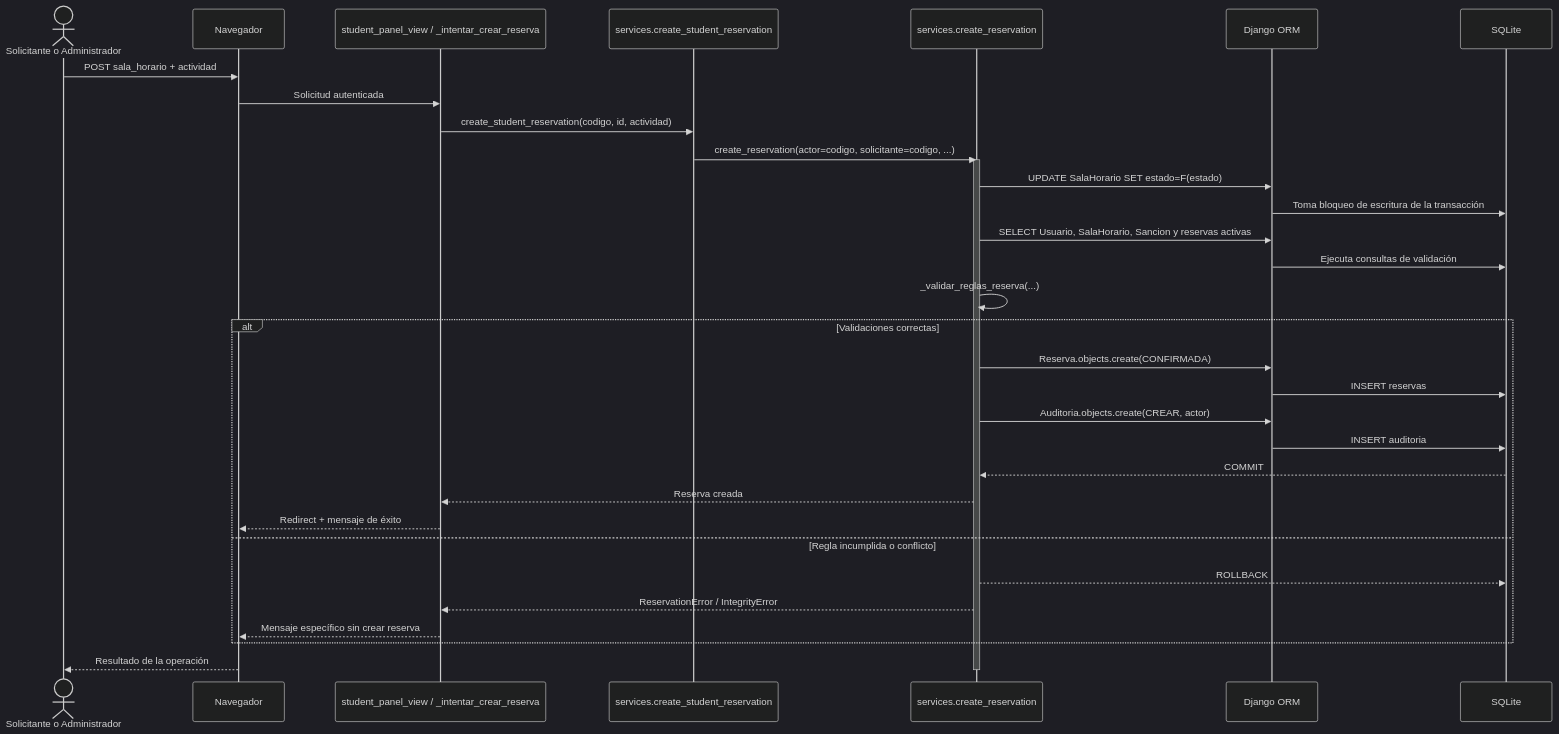
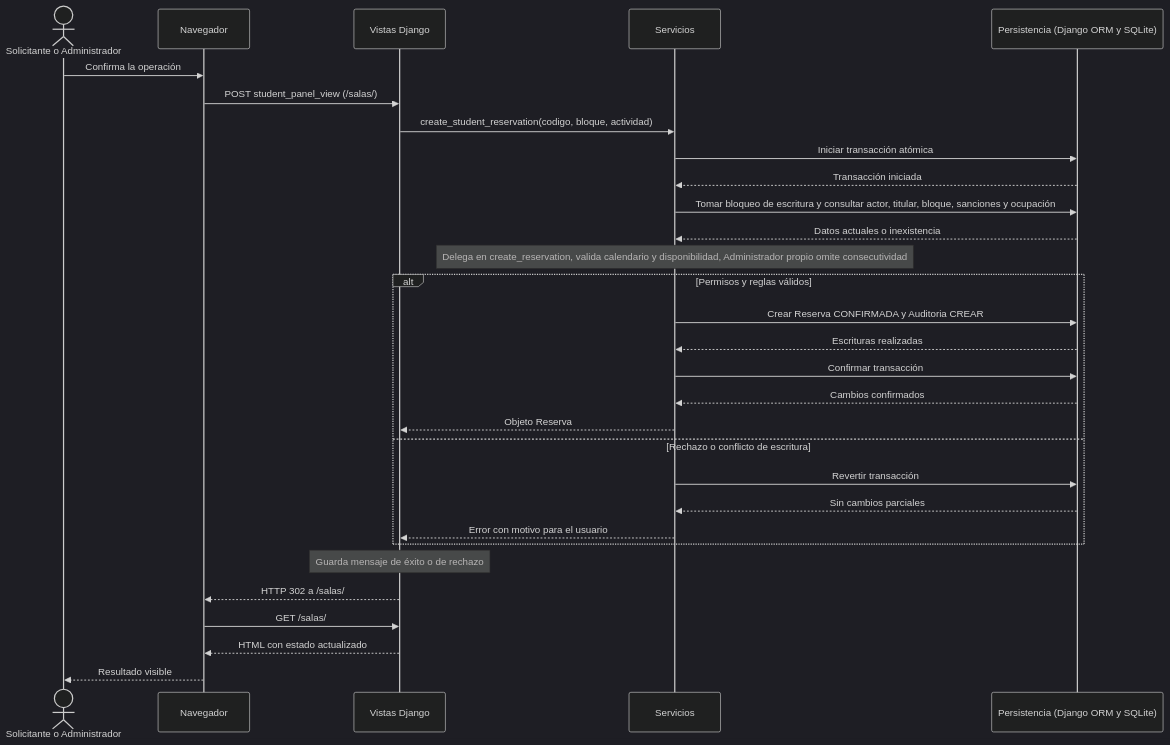
One commit to Sebas0032/SalaMandra changed the first of 14 diagrams in docs/sesion-07-modelos.md. Above: the diagram before and after it, drawn with Mermaid (dark theme). The commit also changed other lines of this file and 11 other files, not shown here.

Commit message:
Update architecture and test traceability documentation, reorganize use cases, fix diagrams, expand interaction flows, restore weekday-only reservations, consolidate redundant tests, and remove obsolete diagram images

````diff
--- a/docs/sesion-07-modelos.md
+++ b/docs/sesion-07-modelos.md
@@ -101,36 +117,32 @@
 ```mermaid
 sequenceDiagram
-    actor S as Solicitante o Administrador
+    actor U as Solicitante o Administrador
     participant B as Navegador
-    participant V as student_panel_view / _intentar_crear_reserva
-    participant SV as services.create_student_reservation
-    participant CR as services.create_reservation
-    participant ORM as Django ORM
-    participant DB as SQLite
-
-    S->>B: POST sala_horario + actividad
-    B->>V: Solicitud autenticada
-    V->>SV: create_student_reservation(codigo, id, actividad)
-    SV->>CR: create_reservation(actor=codigo, solicitante=codigo, ...)
-    activate CR
-    CR->>ORM: UPDATE SalaHorario SET estado=F(estado)
-    ORM->>DB: Toma bloqueo de escritura de la transacción
-    CR->>ORM: SELECT Usuario, SalaHorario, Sancion y reservas activas
-    ORM->>DB: Ejecuta consultas de validación
-    CR->>CR: _validar_reglas_reserva(...)
-    alt Validaciones correctas
-        CR->>ORM: Reserva.objects.create(CONFIRMADA)
-        ORM->>DB: INSERT reservas
-        CR->>ORM: Auditoria.objects.create(CREAR, actor)
-        ORM->>DB: INSERT auditoria
-        DB-->>CR: COMMIT
-        CR-->>V: Reserva creada
-        V-->>B: Redirect + mensaje de éxito
-    else Regla incumplida o conflicto
-        CR-->>DB: ROLLBACK
-        CR-->>V: ReservationError / IntegrityError
-        V-->>B: Mensaje específico sin crear reserva
+    participant V as Vistas Django
+    participant S as Servicios
+    participant D as Persistencia (Django ORM y SQLite)
+    U->>B: Confirma la operación
+    B->>V: POST student_panel_view (/salas/)
+    V->>S: create_student_reservation(codigo, bloque, actividad)
+    S->>D: Iniciar transacción atómica
+    D-->>S: Transacción iniciada
+    S->>D: Tomar bloqueo de escritura y consultar actor, titular, bloque, sanciones y ocupación
+    D-->>S: Datos actuales o inexistencia
+    Note over S: Delega en create_reservation, valida calendario y disponibilidad, Administrador propio omite consecutividad
+    alt Permisos y reglas válidos
+        S->>D: Crear Reserva CONFIRMADA y Auditoria CREAR
+        D-->>S: Escrituras realizadas
+        S->>D: Confirmar transacción
+        D-->>S: Cambios confirmados
+        S-->>V: Objeto Reserva
+    else Rechazo o conflicto de escritura
+        S->>D: Revertir transacción
+        D-->>S: Sin cambios parciales
+        S-->>V: Error con motivo para el usuario
     end
-    B-->>S: Resultado de la operación
-    deactivate CR
+    Note over V: Guarda mensaje de éxito o de rechazo
+    V-->>B: HTTP 302 a /salas/
+    B->>V: GET /salas/
+    V-->>B: HTML con estado actualizado
+    B-->>U: Resultado visible
 ```
````
